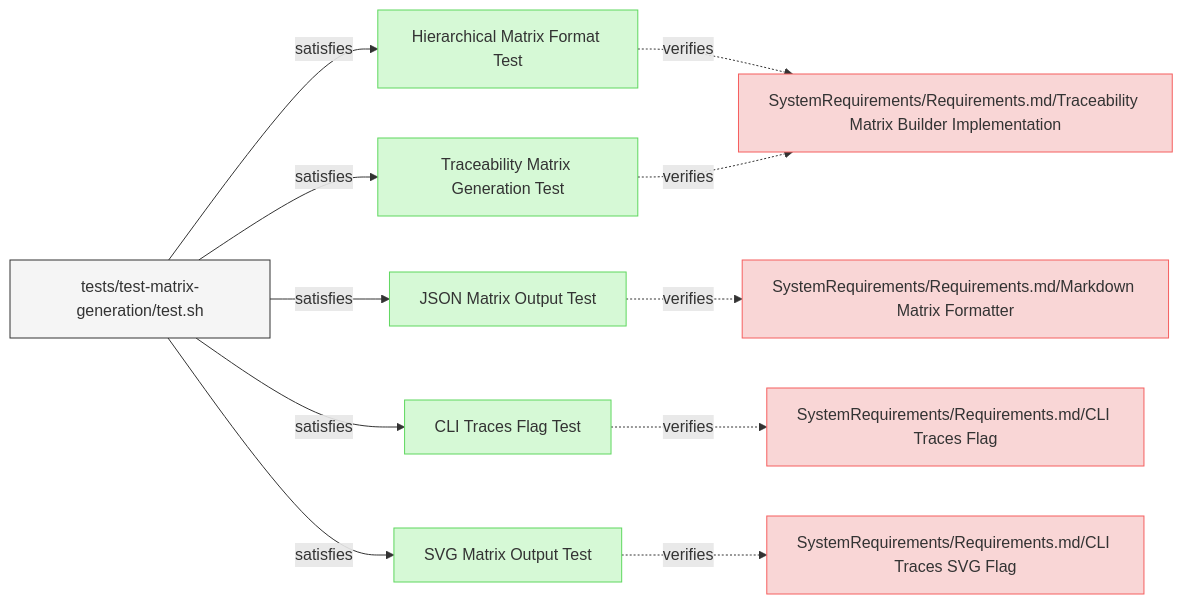
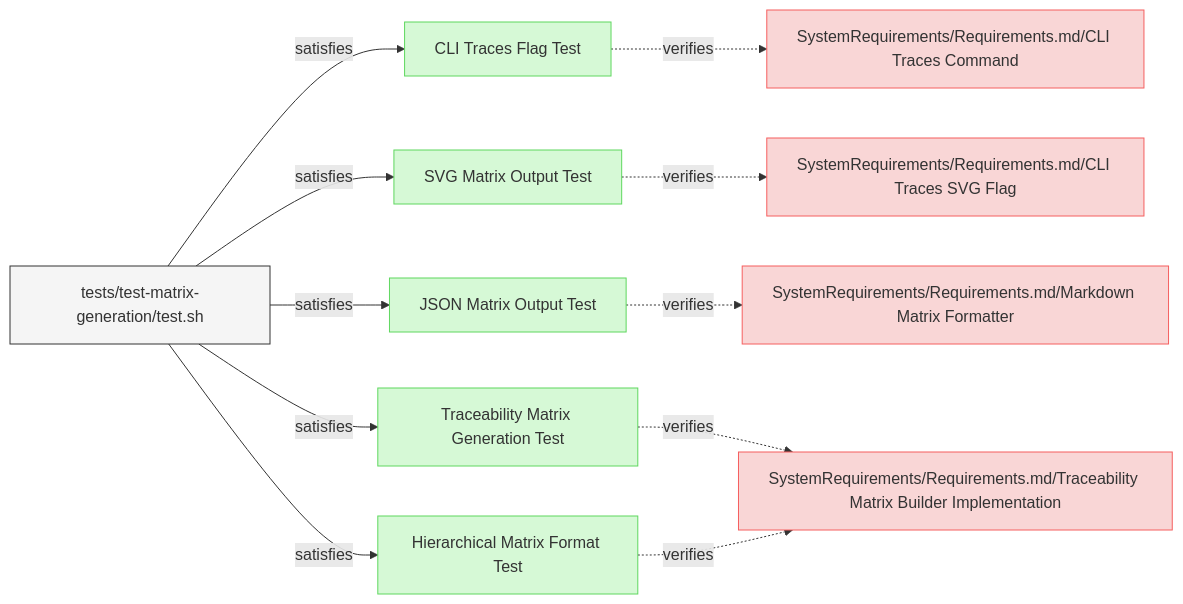
One commit to reqvire-org/reqvire changed the diagram in specifications/Verifications/TreacibilityMatrix.md. Above: the diagram before and after it, drawn with Mermaid. The commit also changed other lines of this file and 29 other files, not shown here.

````diff
--- a/specifications/Verifications/TreacibilityMatrix.md
+++ b/specifications/Verifications/TreacibilityMatrix.md
@@ -6,61 +6,61 @@
 ```mermaid
 graph LR;
   %% Graph styling
   classDef requirement fill:#f9d6d6,stroke:#f55f5f,stroke-width:1px;
   classDef verification fill:#d6f9d6,stroke:#5fd75f,stroke-width:1px;
   classDef externalLink fill:#d0e0ff,stroke:#3080ff,stroke-width:1px;
   classDef default fill:#f5f5f5,stroke:#333333,stroke-width:1px;
 
-  5a25cf6244f4f44["Hierarchical Matrix Format Test"];
-  class 5a25cf6244f4f44 verification;
-  click 5a25cf6244f4f44 "TreacibilityMatrix.md#hierarchical-matrix-format-test";
-  b55d8517cd3e58["SystemRequirements/Requirements.md/Traceability Matrix Builder Implementation"];
-  class b55d8517cd3e58 requirement;
-  click b55d8517cd3e58 "../SystemRequirements/Requirements.md#traceability-matrix-builder-implementation";
-  5a25cf6244f4f44 -.->|verifies| b55d8517cd3e58;
+  7f6c7f917ed529ae["CLI Traces Flag Test"];
+  class 7f6c7f917ed529ae verification;
+  click 7f6c7f917ed529ae "TreacibilityMatrix.md#cli-traces-flag-test";
+  5bfc0d5fd7bba25["SystemRequirements/Requirements.md/CLI Traces Command"];
+  class 5bfc0d5fd7bba25 requirement;
+  click 5bfc0d5fd7bba25 "../SystemRequirements/Requirements.md#cli-traces-command";
+  7f6c7f917ed529ae -.->|verifies| 5bfc0d5fd7bba25;
   8aec4f4d071ac12c["tests/test-matrix-generation/test.sh"];
   class 8aec4f4d071ac12c default;
   click 8aec4f4d071ac12c "../../tests/test-matrix-generation/test.sh";
-  8aec4f4d071ac12c -->|satisfies| 5a25cf6244f4f44;
+  8aec4f4d071ac12c -->|satisfies| 7f6c7f917ed529ae;
+  62b41611d85d4161["SVG Matrix Output Test"];
+  class 62b41611d85d4161 verification;
+  click 62b41611d85d4161 "TreacibilityMatrix.md#svg-matrix-output-test";
+  1d9a1c502316e443["SystemRequirements/Requirements.md/CLI Traces SVG Flag"];
+  class 1d9a1c502316e443 requirement;
+  click 1d9a1c502316e443 "../SystemRequirements/Requirements.md#cli-traces-svg-flag";
+  62b41611d85d4161 -.->|verifies| 1d9a1c502316e443;
+  8aec4f4d071ac12c["tests/test-matrix-generation/test.sh"];
+  class 8aec4f4d071ac12c default;
+  click 8aec4f4d071ac12c "../../tests/test-matrix-generation/test.sh";
+  8aec4f4d071ac12c -->|satisfies| 62b41611d85d4161;
   50c290277850dd17["JSON Matrix Output Test"];
   class 50c290277850dd17 verification;
   click 50c290277850dd17 "TreacibilityMatrix.md#json-matrix-output-test";
   1b7491b67a792bc9["SystemRequirements/Requirements.md/Markdown Matrix Formatter"];
   class 1b7491b67a792bc9 requirement;
   click 1b7491b67a792bc9 "../SystemRequirements/Requirements.md#markdown-matrix-formatter";
   50c290277850dd17 -.->|verifies| 1b7491b67a792bc9;
   8aec4f4d071ac12c["tests/test-matrix-generation/test.sh"];
   class 8aec4f4d071ac12c default;
   click 8aec4f4d071ac12c "../../tests/test-matrix-generation/test.sh";
   8aec4f4d071ac12c -->|satisfies| 50c290277850dd17;
-  7f6c7f917ed529ae["CLI Traces Flag Test"];
-  class 7f6c7f917ed529ae verification;
-  click 7f6c7f917ed529ae "TreacibilityMatrix.md#cli-traces-flag-test";
-  cb36e164a6ea70ff["SystemRequirements/Requirements.md/CLI Traces Flag"];
-  class cb36e164a6ea70ff requirement;
-  click cb36e164a6ea70ff "../SystemRequirements/Requirements.md#cli-traces-flag";
-  7f6c7f917ed529ae -.->|verifies| cb36e164a6ea70ff;
-  8aec4f4d071ac12c["tests/test-matrix-generation/test.sh"];
-  class 8aec4f4d071ac12c default;
-  click 8aec4f4d071ac12c "../../tests/test-matrix-generation/test.sh";
-  8aec4f4d071ac12c -->|satisfies| 7f6c7f917ed529ae;
   aa85c85e7c41d899["Traceability Matrix Generation Test"];
   class aa85c85e7c41d899 verification;
   click aa85c85e7c41d899 "TreacibilityMatrix.md#traceability-matrix-generation-test";
+  b55d8517cd3e58["SystemRequirements/Requirements.md/Traceability Matrix Builder Implementation"];
+  class b55d8517cd3e58 requirement;
+  click b55d8517cd3e58 "../SystemRequirements/Requirements.md#traceability-matrix-builder-implementation";
   aa85c85e7c41d899 -.->|verifies| b55d8517cd3e58;
   8aec4f4d071ac12c["tests/test-matrix-generation/test.sh"];
   class 8aec4f4d071ac12c default;
   click 8aec4f4d071ac12c "../../tests/test-matrix-generation/test.sh";
   8aec4f4d071ac12c -->|satisfies| aa85c85e7c41d899;
-  62b41611d85d4161["SVG Matrix Output Test"];
-  class 62b41611d85d4161 verification;
-  click 62b41611d85d4161 "TreacibilityMatrix.md#svg-matrix-output-test";
-  1d9a1c502316e443["SystemRequirements/Requirements.md/CLI Traces SVG Flag"];
-  class 1d9a1c502316e443 requirement;
-  click 1d9a1c502316e443 "../SystemRequirements/Requirements.md#cli-traces-svg-flag";
-  62b41611d85d4161 -.->|verifies| 1d9a1c502316e443;
+  5a25cf6244f4f44["Hierarchical Matrix Format Test"];
+  class 5a25cf6244f4f44 verification;
+  click 5a25cf6244f4f44 "TreacibilityMatrix.md#hierarchical-matrix-format-test";
+  5a25cf6244f4f44 -.->|verifies| b55d8517cd3e58;
   8aec4f4d071ac12c["tests/test-matrix-generation/test.sh"];
   class 8aec4f4d071ac12c default;
   click 8aec4f4d071ac12c "../../tests/test-matrix-generation/test.sh";
-  8aec4f4d071ac12c -->|satisfies| 62b41611d85d4161;
+  8aec4f4d071ac12c -->|satisfies| 5a25cf6244f4f44;
 ```
````
